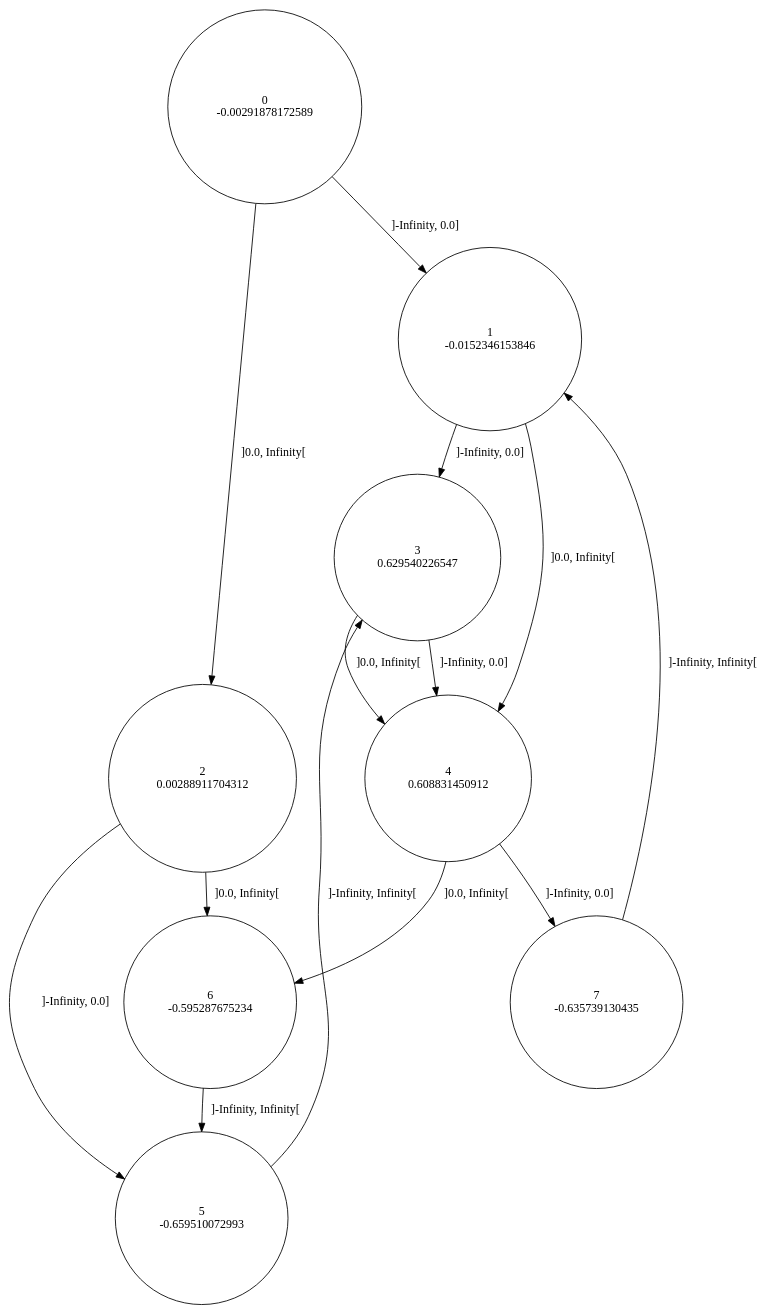
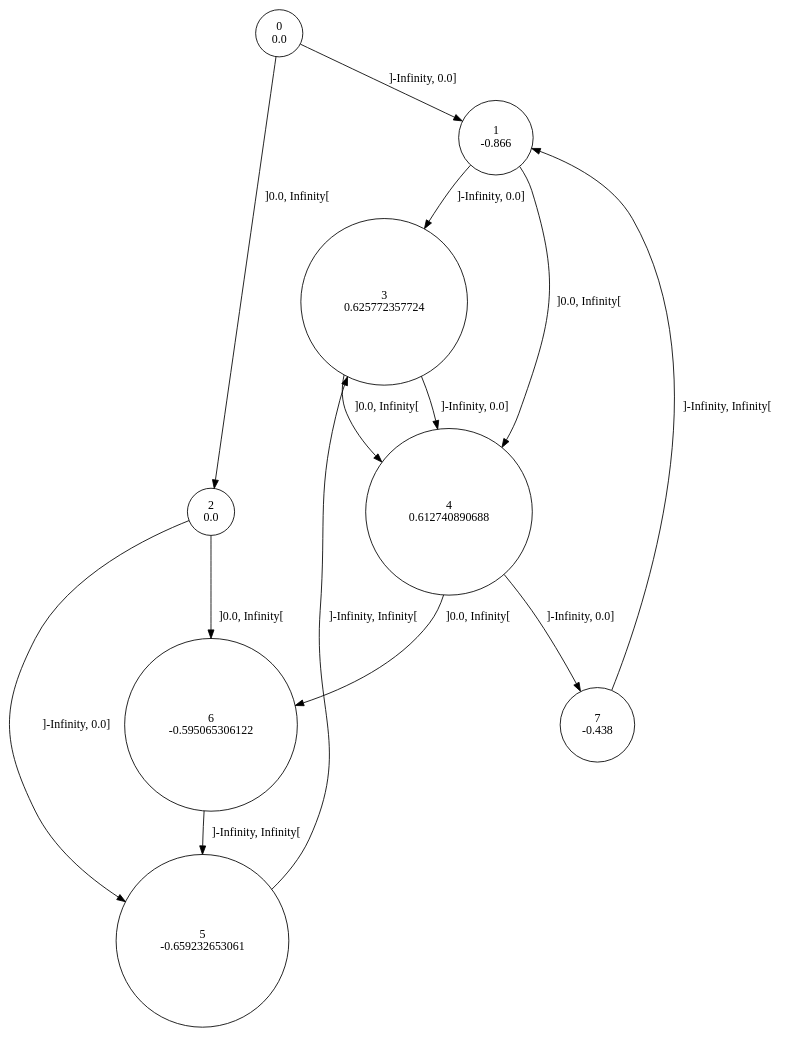
The diagram in sinus/data/3/rtisy.dot (gllpellegrino/RAI_experiments), drawn with Graphviz before and after one commit. The commit also changed 148 other files, not shown here.

```diff
--- a/sinus/data/3/rtisy.dot
+++ b/sinus/data/3/rtisy.dot
@@ -1,23 +1,23 @@
 digraph a {
-0 [shape=circle, label="0\n-0.00291878172589"];
+0 [shape=circle, label="0\n0.0"];
 	0 -> 1 [label="]-Infinity, 0.0]"];
 	0 -> 2 [label="]0.0, Infinity["];
-1 [shape=circle, label="1\n-0.0152346153846"];
+1 [shape=circle, label="1\n-0.866"];
 	1 -> 3 [label="]-Infinity, 0.0]"];
 	1 -> 4 [label="]0.0, Infinity["];
-2 [shape=circle, label="2\n0.00288911704312"];
+2 [shape=circle, label="2\n0.0"];
 	2 -> 5 [label="]-Infinity, 0.0]"];
 	2 -> 6 [label="]0.0, Infinity["];
-3 [shape=circle, label="3\n0.629540226547"];
+3 [shape=circle, label="3\n0.625772357724"];
 	3 -> 4 [label="]-Infinity, 0.0]"];
 	3 -> 4 [label="]0.0, Infinity["];
-4 [shape=circle, label="4\n0.608831450912"];
+4 [shape=circle, label="4\n0.612740890688"];
 	4 -> 7 [label="]-Infinity, 0.0]"];
 	4 -> 6 [label="]0.0, Infinity["];
-5 [shape=circle, label="5\n-0.659510072993"];
+5 [shape=circle, label="5\n-0.659232653061"];
 	5 -> 3 [label="]-Infinity, Infinity["];
-6 [shape=circle, label="6\n-0.595287675234"];
+6 [shape=circle, label="6\n-0.595065306122"];
 	6 -> 5 [label="]-Infinity, Infinity["];
-7 [shape=circle, label="7\n-0.635739130435"];
+7 [shape=circle, label="7\n-0.438"];
 	7 -> 1 [label="]-Infinity, Infinity["];
 }
```
